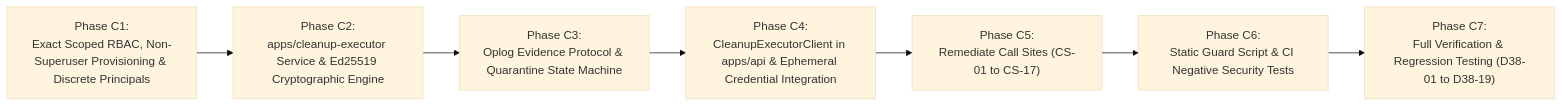
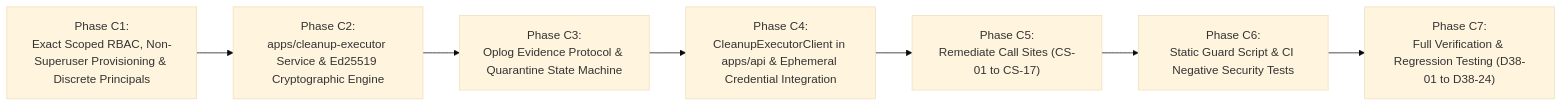
Before and after one commit to AmiTtiwari43/Decision-OS: the fifth of 5 diagrams in BATCH_4_V38_ARCHITECTURE_DECISION.md, drawn with Mermaid (base theme). The commit also changed other lines of this file, not shown here.

````diff
--- a/BATCH_4_V38_ARCHITECTURE_DECISION.md
+++ b/BATCH_4_V38_ARCHITECTURE_DECISION.md
@@ -1131,16 +1550,16 @@
 ```mermaid
 flowchart LR
     PhaseC1["Phase C1:
 Exact Scoped RBAC, Non-Superuser Provisioning & Discrete Principals"] --> PhaseC2["Phase C2:
 apps/cleanup-executor Service & Ed25519 Cryptographic Engine"]
     PhaseC2 --> PhaseC3["Phase C3:
 Oplog Evidence Protocol & Quarantine State Machine"]
     PhaseC3 --> PhaseC4["Phase C4:
 CleanupExecutorClient in apps/api & Ephemeral Credential Integration"]
     PhaseC4 --> PhaseC5["Phase C5:
 Remediate Call Sites (CS-01 to CS-17)"]
     PhaseC5 --> PhaseC6["Phase C6:
 Static Guard Script & CI Negative Security Tests"]
     PhaseC6 --> PhaseC7["Phase C7:
-Full Verification & Regression Testing (D38-01 to D38-19)"]
+Full Verification & Regression Testing (D38-01 to D38-24)"]
 ```
````
